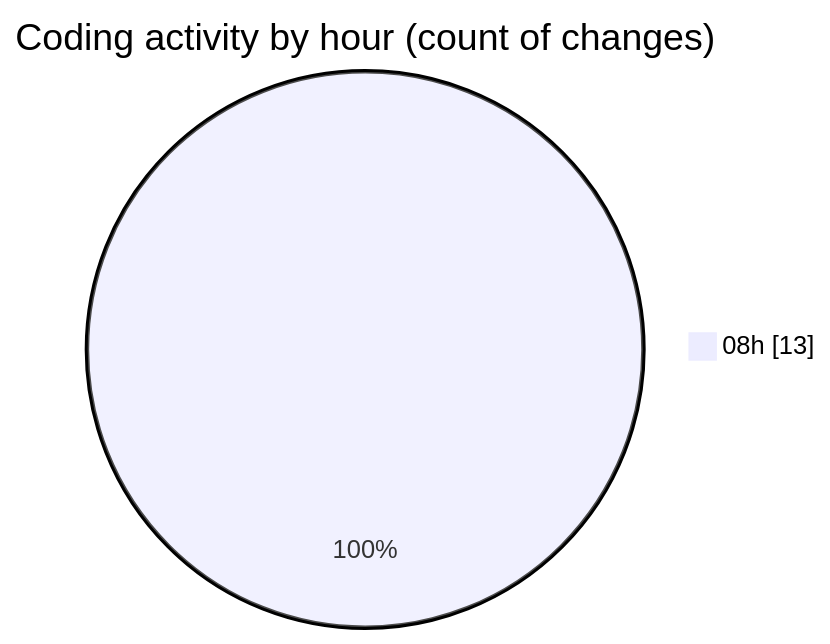
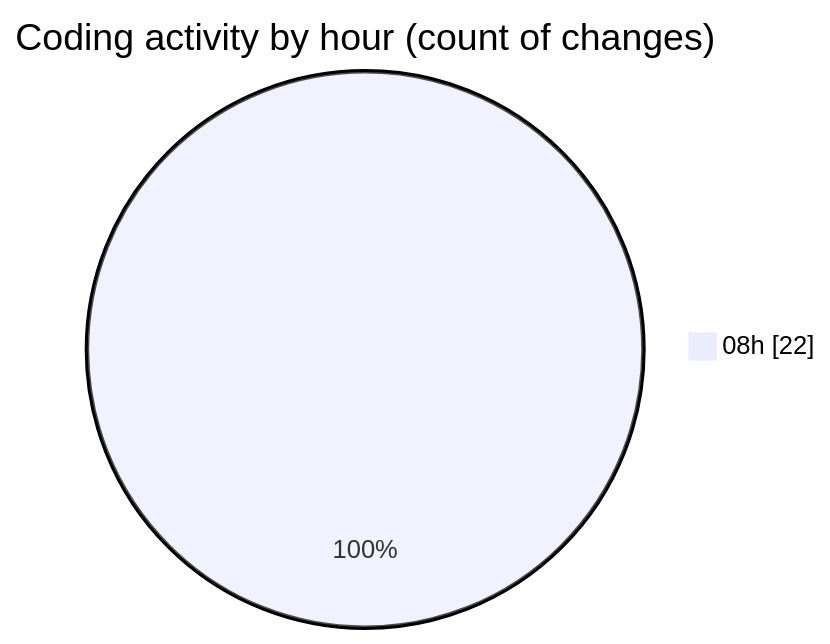
The second of 2 diagrams in 2025-02-24/elitesgpt/README.md (Elitesun/code-tracking), drawn with Mermaid before and after one commit. The commit also changed other lines of this file and 1 other file, not shown here.

````diff
--- a/2025-02-24/elitesgpt/README.md
+++ b/2025-02-24/elitesgpt/README.md
@@ -30,5 +30,5 @@
 ```mermaid
 pie showData
 title Coding activity by hour (count of changes)
-"08h" : 13
+"08h" : 22
 ```
````
